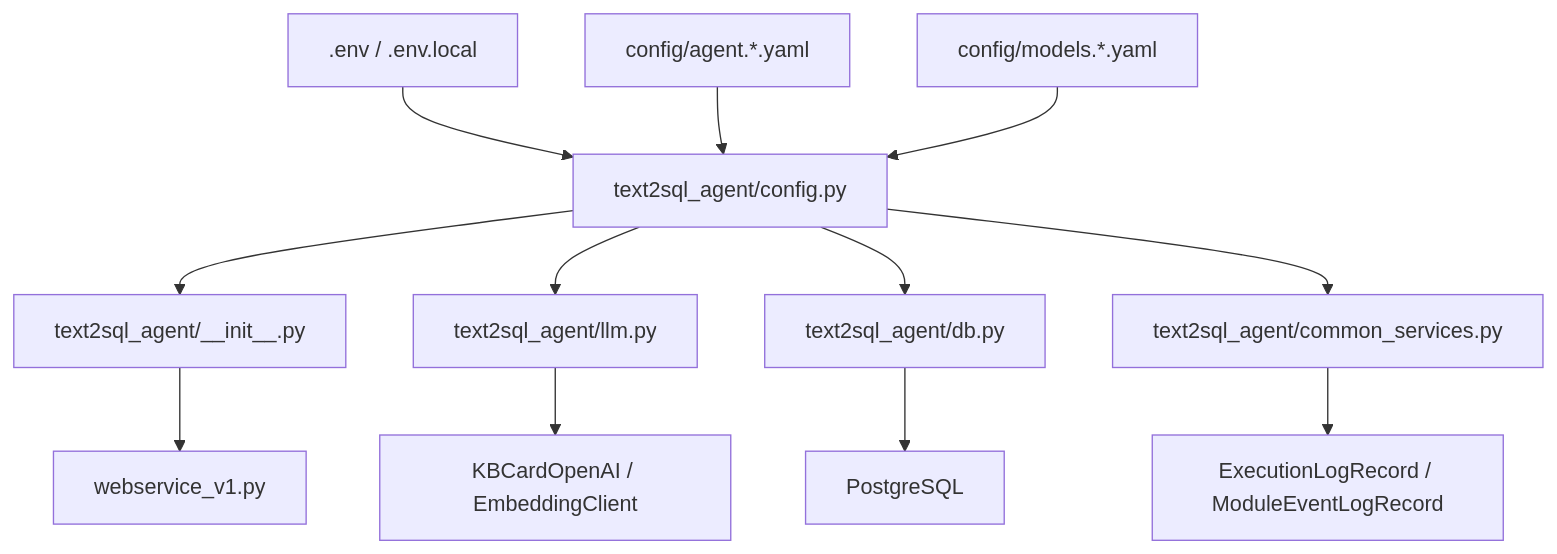
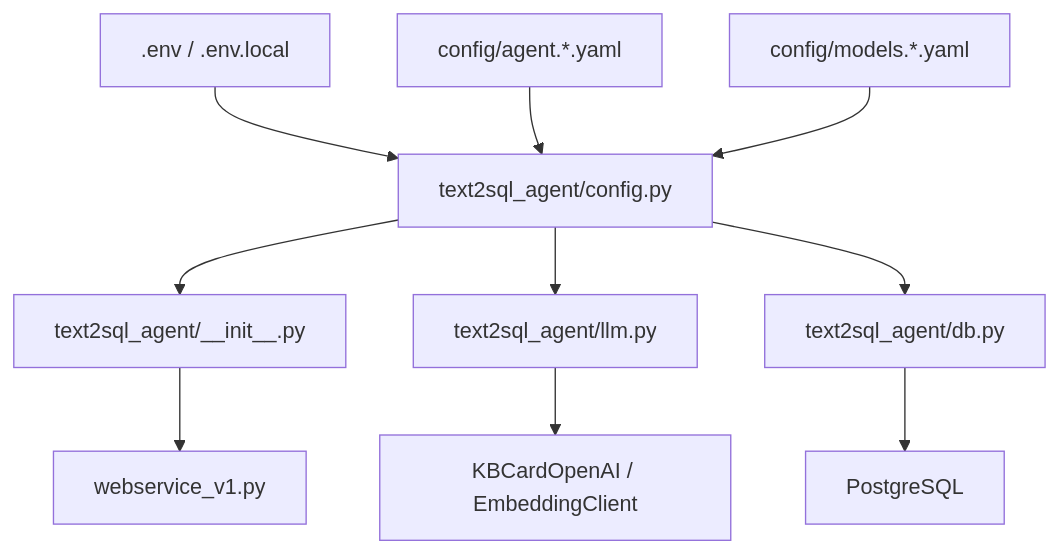
Before and after one commit to sminsu/corporate_sales: the diagram in docs/configuration-flow.md, drawn with Mermaid. The commit also changed other lines of this file and 7 other files, not shown here.

````diff
--- a/docs/configuration-flow.md
+++ b/docs/configuration-flow.md
@@ -8,14 +8,12 @@
 ```mermaid
 flowchart TD
     EnvFiles[".env / .env.local"] --> ConfigPy["text2sql_agent/config.py"]
     AgentYaml["config/agent.*.yaml"] --> ConfigPy
     ModelYaml["config/models.*.yaml"] --> ConfigPy
     ConfigPy --> InitPy["text2sql_agent/__init__.py"]
     InitPy --> Web["webservice_v1.py"]
     ConfigPy --> LLM["text2sql_agent/llm.py"]
     ConfigPy --> DB["text2sql_agent/db.py"]
-    ConfigPy --> CommonSvc["text2sql_agent/common_services.py"]
     LLM --> CommonLLM["KBCardOpenAI / EmbeddingClient"]
     DB --> Postgres["PostgreSQL"]
-    CommonSvc --> Logs["ExecutionLogRecord / ModuleEventLogRecord"]
 ```
````
